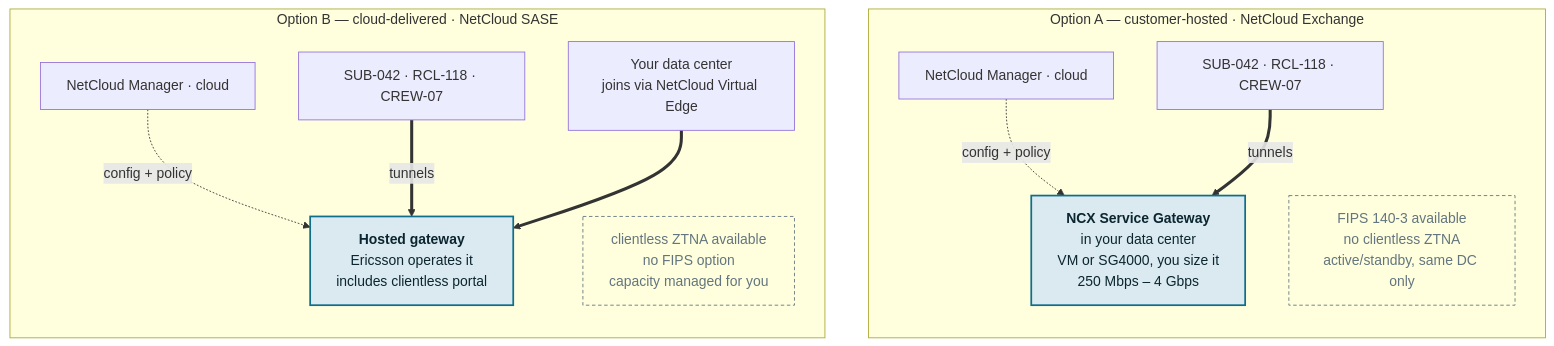
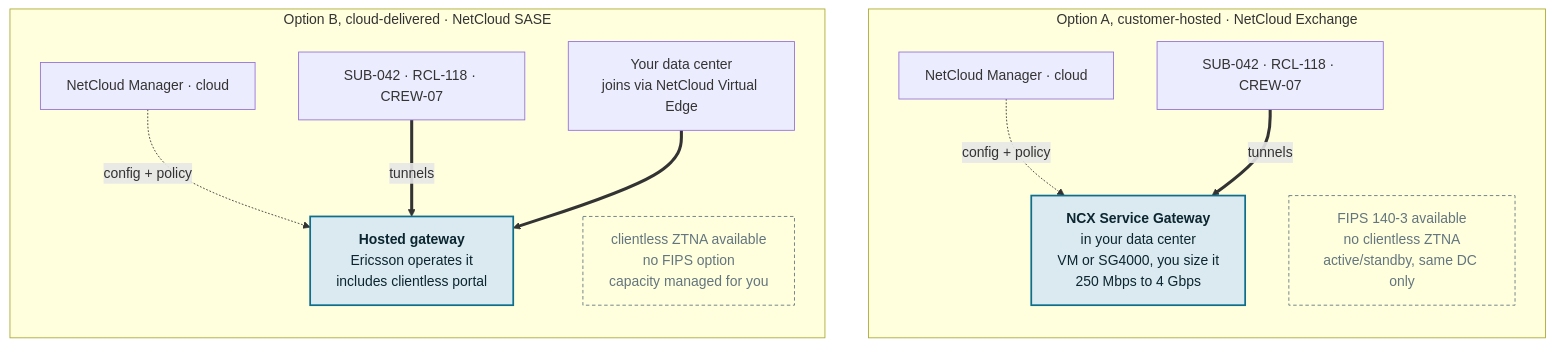
One commit to Tentacular8/ncx-grid-access changed the second of 5 diagrams in diagrams.md. Above: the diagram before and after it, drawn with Mermaid. The commit also changed other lines of this file and 1 other file, not shown here.

````diff
--- a/diagrams.md
+++ b/diagrams.md
@@ -72,29 +87,29 @@
 ```mermaid
 flowchart TB
-    subgraph A["Option A — customer-hosted · NetCloud Exchange"]
+    subgraph A["Option A, customer-hosted · NetCloud Exchange"]
         direction TB
         NCMA["NetCloud Manager · cloud"]
-        SGA["<b>NCX Service Gateway</b><br/>in your data center<br/>VM or SG4000, you size it<br/>250 Mbps – 4 Gbps"]
+        SGA["<b>NCX Service Gateway</b><br/>in your data center<br/>VM or SG4000, you size it<br/>250 Mbps to 4 Gbps"]
         SITEA["SUB-042 · RCL-118 · CREW-07"]
         NCMA -.->|config + policy| SGA
         SITEA ==>|tunnels| SGA
         NOTEA["FIPS 140-3 available<br/>no clientless ZTNA<br/>active/standby, same DC only"]
     end
 
-    subgraph B["Option B — cloud-delivered · NetCloud SASE"]
+    subgraph B["Option B, cloud-delivered · NetCloud SASE"]
         direction TB
         NCMB["NetCloud Manager · cloud"]
         SGB["<b>Hosted gateway</b><br/>Ericsson operates it<br/>includes clientless portal"]
         SITEB["SUB-042 · RCL-118 · CREW-07"]
         DCB["Your data center<br/>joins via NetCloud Virtual Edge"]
         NCMB -.->|config + policy| SGB
         SITEB ==>|tunnels| SGB
         DCB ==> SGB
         NOTEB["clientless ZTNA available<br/>no FIPS option<br/>capacity managed for you"]
     end
 
     classDef fabric fill:#DBEAF0,stroke:#0F6E8C,stroke-width:2px,color:#0b2630
     classDef note fill:none,stroke:#63757E,stroke-dasharray:4 3,color:#63757E
     class SGA,SGB fabric
     class NOTEA,NOTEB note
 ```
````
